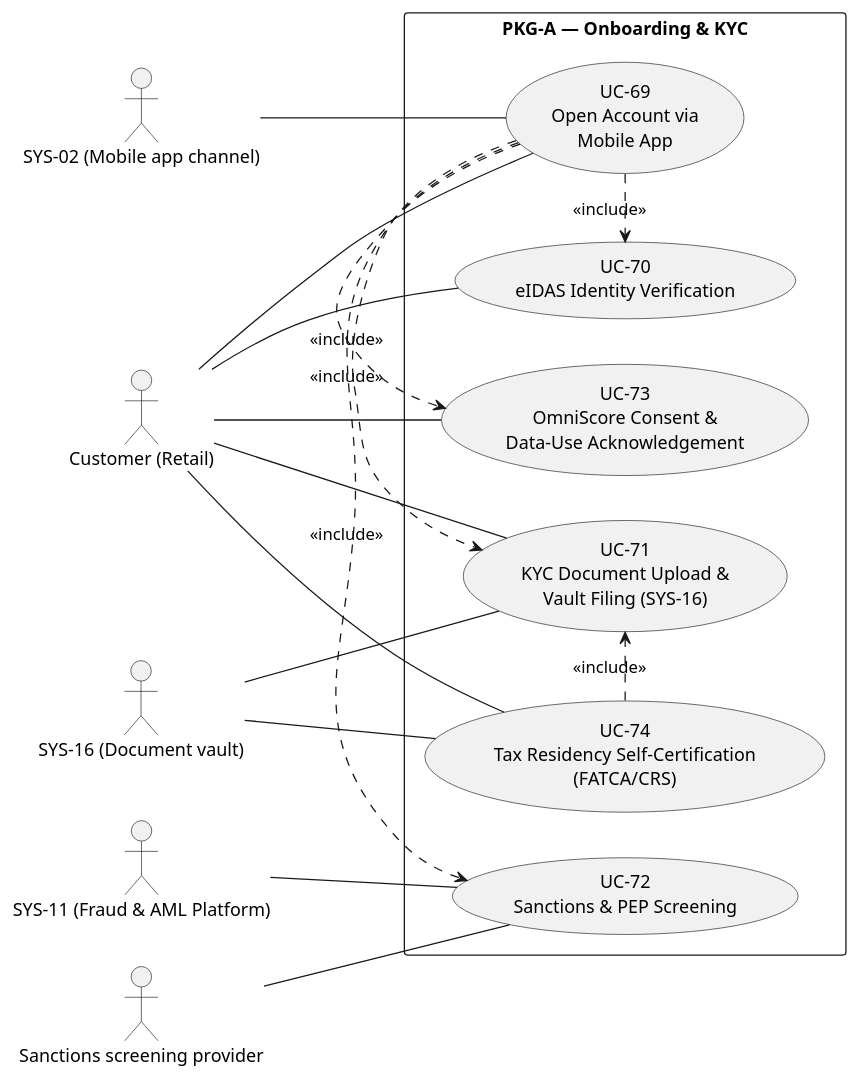
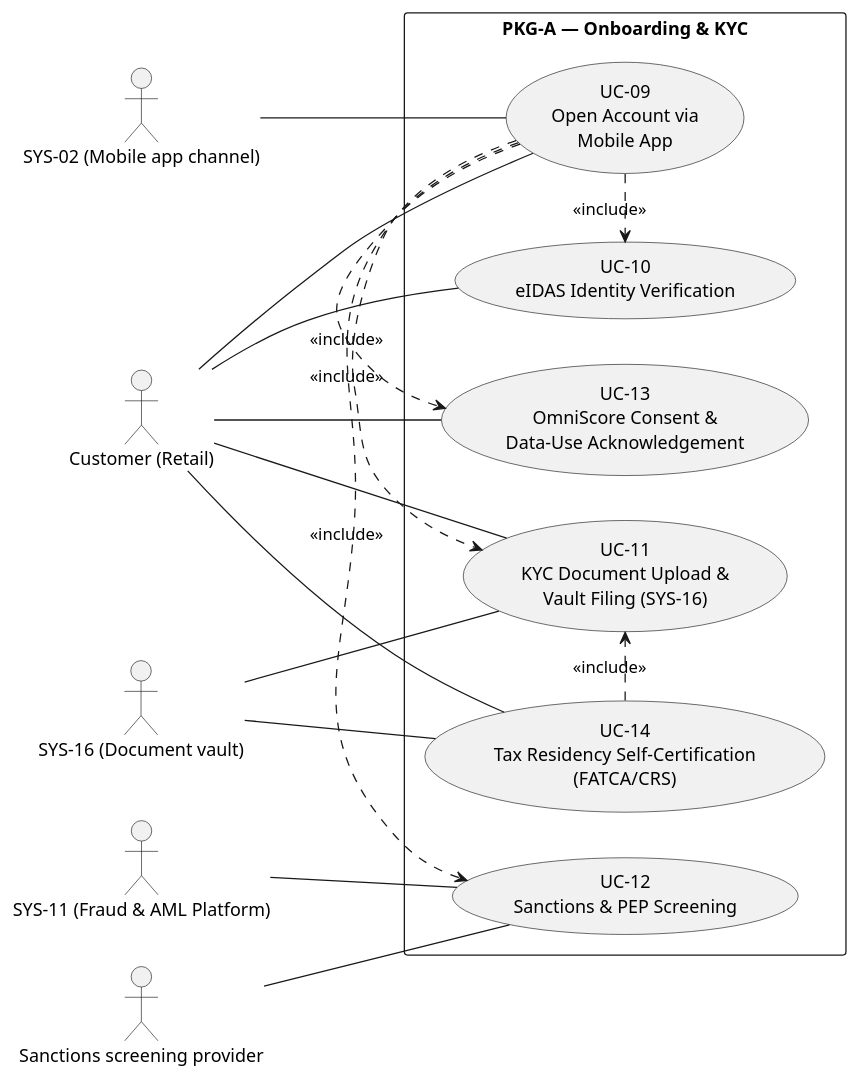
One commit to pauloribeiro16/Methodology_compact changed the second of 8 diagrams in 02_CASES/Case_03_OmniBank_Financial/03_PHASE3_DECOMPOSITION/annexes/A_Use_Case_Diagrams.md. Above: the diagram before and after it, drawn with PlantUML. The commit also changed other lines of this file and 23 other files, not shown here.

````diff
--- a/02_CASES/Case_03_OmniBank_Financial/03_PHASE3_DECOMPOSITION/annexes/A_Use_Case_Diagrams.md
+++ b/02_CASES/Case_03_OmniBank_Financial/03_PHASE3_DECOMPOSITION/annexes/A_Use_Case_Diagrams.md
@@ -89,33 +89,33 @@
 ```plantuml
 @startuml
 left to right direction
 actor "Customer (Retail)" as CUST
 actor "SYS-02 (Mobile app channel)" as SYS02
 actor "SYS-11 (Fraud & AML Platform)" as SYS11
 actor "SYS-16 (Document vault)" as SYS16
 actor "Sanctions screening provider" as SSP
 rectangle "PKG-A — Onboarding & KYC" {
-usecase "UC-69\nOpen Account via\nMobile App" as UC69
-usecase "UC-70\neIDAS Identity Verification" as UC70
-usecase "UC-71\nKYC Document Upload &\nVault Filing (SYS-16)" as UC71
-usecase "UC-72\nSanctions & PEP Screening" as UC72
-usecase "UC-73\nOmniScore Consent &\nData-Use Acknowledgement" as UC73
-usecase "UC-74\nTax Residency Self-Certification\n(FATCA/CRS)" as UC74
+usecase "UC-09\nOpen Account via\nMobile App" as UC69
+usecase "UC-10\neIDAS Identity Verification" as UC70
+usecase "UC-11\nKYC Document Upload &\nVault Filing (SYS-16)" as UC71
+usecase "UC-12\nSanctions & PEP Screening" as UC72
+usecase "UC-13\nOmniScore Consent &\nData-Use Acknowledgement" as UC73
+usecase "UC-14\nTax Residency Self-Certification\n(FATCA/CRS)" as UC74
 }
 CUST -- UC69
 CUST -- UC70
 CUST -- UC71
 CUST -- UC73
 CUST -- UC74
 SYS11 -- UC72
 SYS02 -- UC69
 SYS16 -- UC71
 SYS16 -- UC74
 SSP -- UC72
 UC69 .> UC70 : <<include>>
 UC69 .> UC71 : <<include>>
 UC69 .> UC72 : <<include>>
 UC69 .> UC73 : <<include>>
 UC74 .> UC71 : <<include>>
 @enduml
 ```
````
